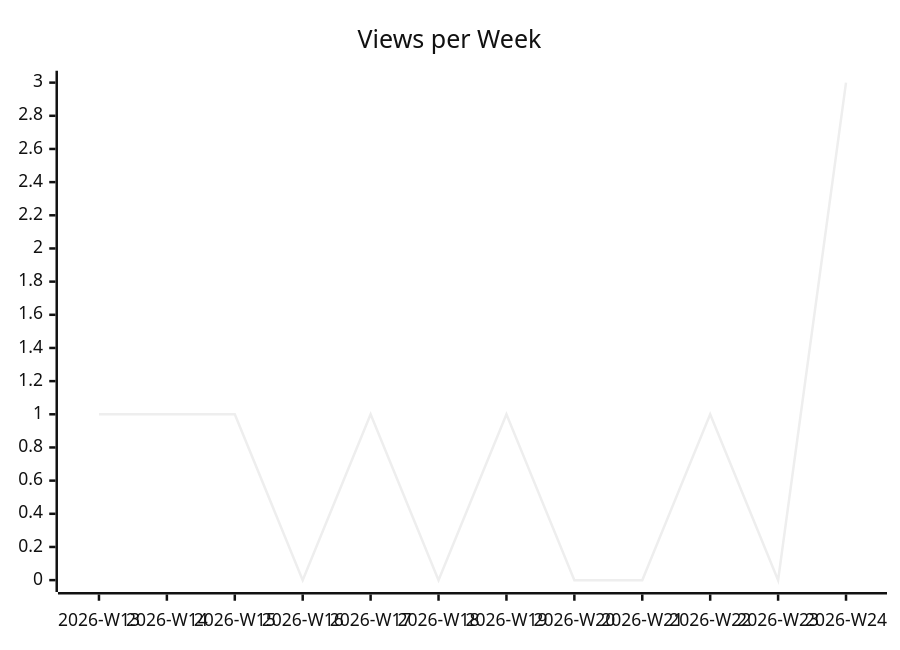
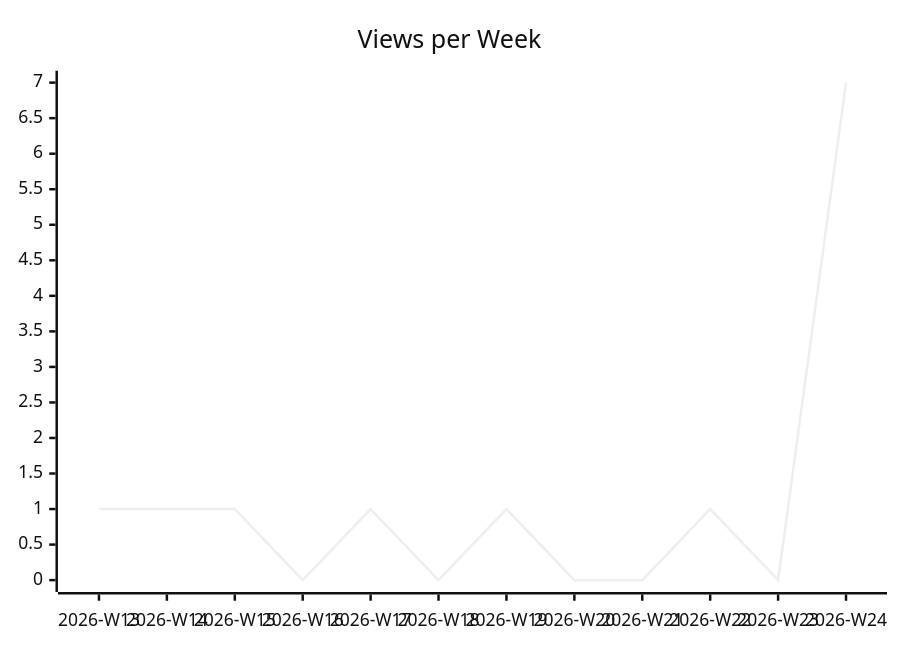
One commit to justdavis-family/github-analytics-data changed the second of 3 diagrams in karlmdavis/ansible-role-jenkins2/README.md. Above: the diagram before and after it, drawn with Mermaid (neutral theme). The commit also changed other lines of this file and 193 other files, not shown here.

````diff
--- a/karlmdavis/ansible-role-jenkins2/README.md
+++ b/karlmdavis/ansible-role-jenkins2/README.md
@@ -12,6 +12,6 @@
 ```mermaid
 xychart-beta
   title "Views per Week"
   x-axis ["2026-W13", "2026-W14", "2026-W15", "2026-W16", "2026-W17", "2026-W18", "2026-W19", "2026-W20", "2026-W21", "2026-W22", "2026-W23", "2026-W24"]
-  line [1, 1, 1, 0, 1, 0, 1, 0, 0, 1, 0, 3]
+  line [1, 1, 1, 0, 1, 0, 1, 0, 0, 1, 0, 7]
 ```
````
